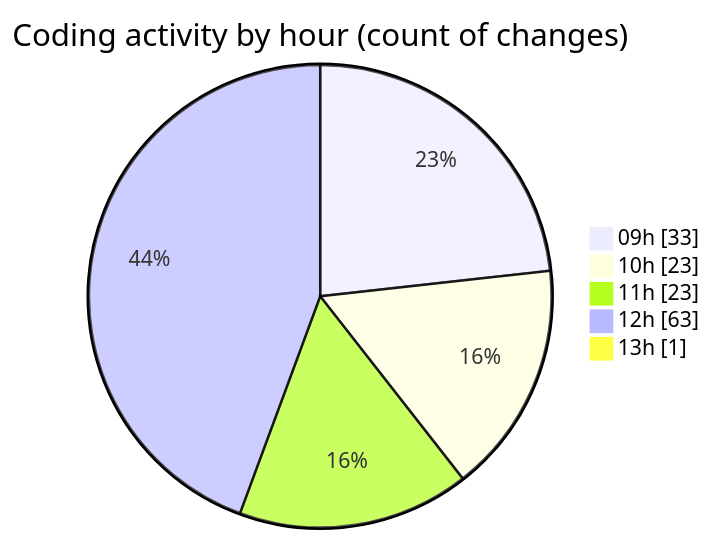
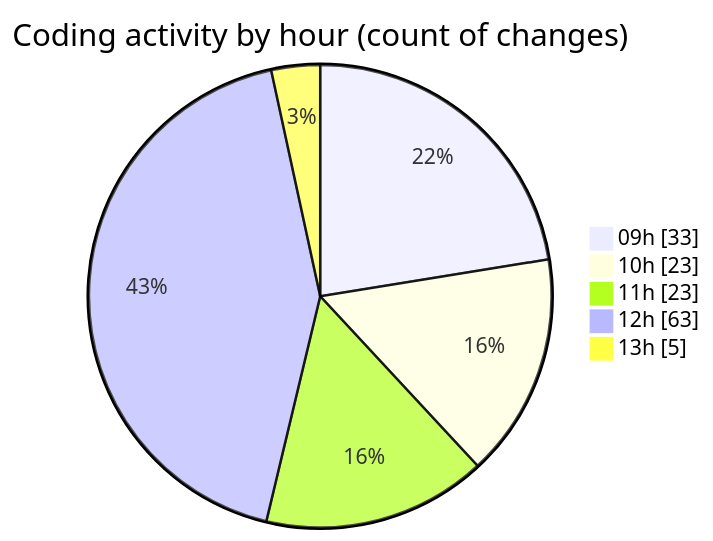
The second of 2 diagrams in 2025-05-20/ecodeli-1/README.md (CELIANVF/code-tracking), drawn with Mermaid before and after one commit. The commit also changed other lines of this file and 1 other file, not shown here.

````diff
--- a/2025-05-20/ecodeli-1/README.md
+++ b/2025-05-20/ecodeli-1/README.md
@@ -86,9 +87,9 @@
 ```mermaid
 pie showData
 title Coding activity by hour (count of changes)
 "09h" : 33
 "10h" : 23
 "11h" : 23
 "12h" : 63
-"13h" : 1
+"13h" : 5
 ```
````
